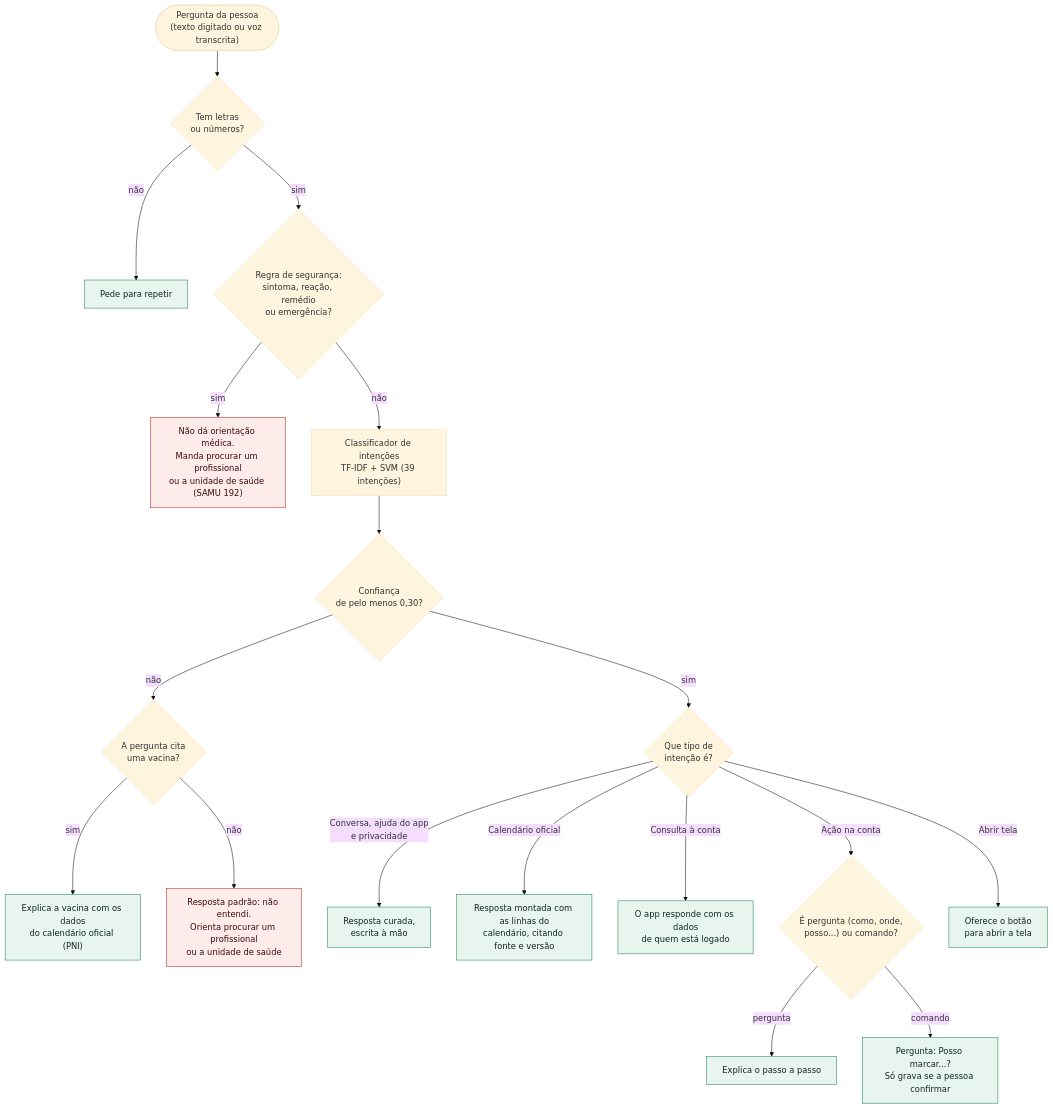
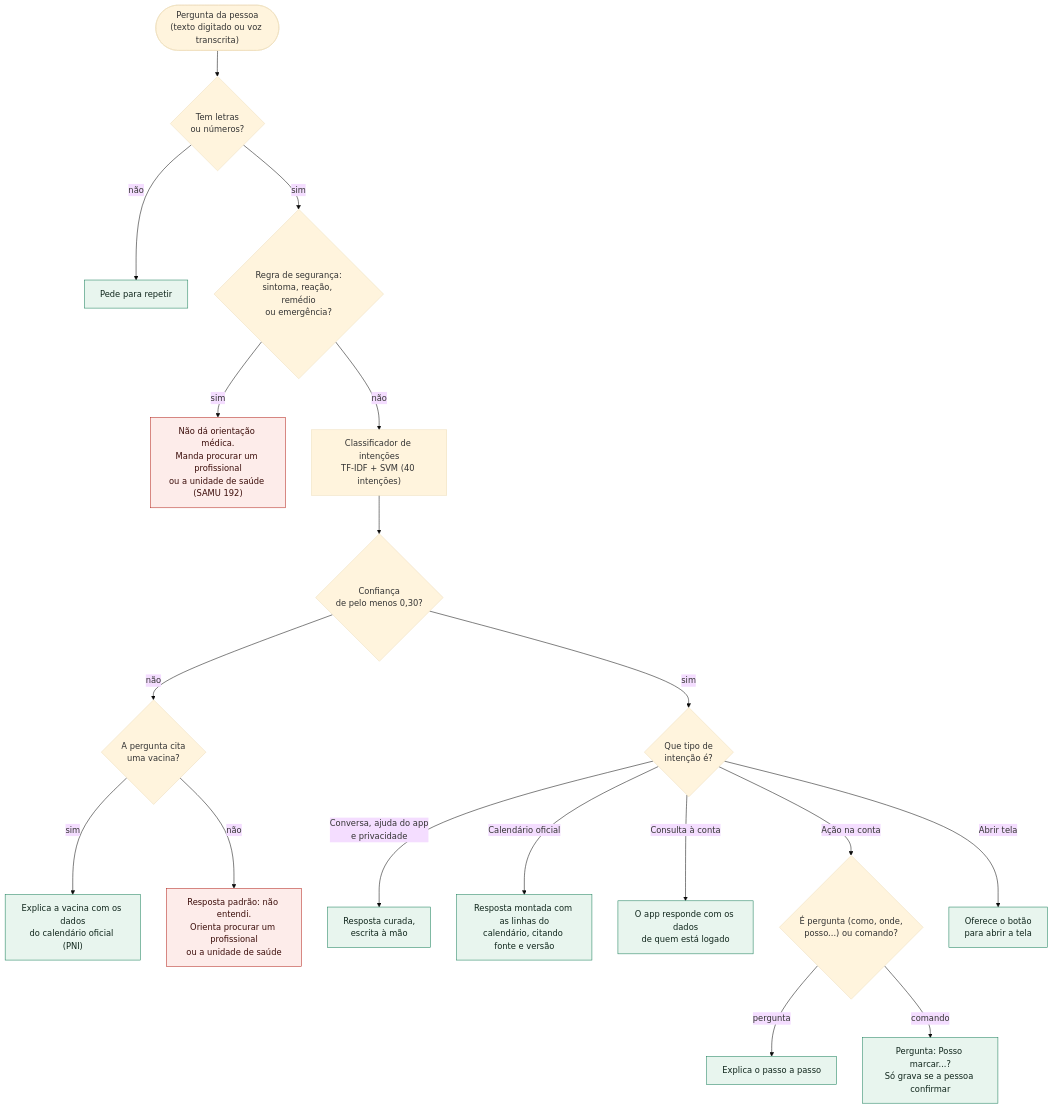
Before and after one commit to edukamoz/vacina-em-dia: the diagram in docs/03-uml/arvore-decisao-chatbot.md, drawn with Mermaid (base theme). The commit also changed 23 other files, not shown here.

````diff
--- a/docs/03-uml/arvore-decisao-chatbot.md
+++ b/docs/03-uml/arvore-decisao-chatbot.md
@@ -9,25 +9,25 @@
 ```mermaid
 flowchart TD
     A(["Pergunta da pessoa<br/>(texto digitado ou voz transcrita)"]) --> B{"Tem letras<br/>ou números?"}
     B -- não --> R1["Pede para repetir"]
     B -- sim --> C{"Regra de segurança:<br/>sintoma, reação, remédio<br/>ou emergência?"}
     C -- sim --> R2["Não dá orientação médica.<br/>Manda procurar um profissional<br/>ou a unidade de saúde (SAMU 192)"]
-    C -- não --> D["Classificador de intenções<br/>TF-IDF + SVM (39 intenções)"]
+    C -- não --> D["Classificador de intenções<br/>TF-IDF + SVM (40 intenções)"]
     D --> E{"Confiança<br/>de pelo menos 0,30?"}
     E -- não --> F{"A pergunta cita<br/>uma vacina?"}
     F -- sim --> R3["Explica a vacina com os dados<br/>do calendário oficial (PNI)"]
     F -- não --> R4["Resposta padrão: não entendi.<br/>Orienta procurar um profissional<br/>ou a unidade de saúde"]
     E -- sim --> G{"Que tipo de<br/>intenção é?"}
     G -- "Conversa, ajuda do app<br/>e privacidade" --> R5["Resposta curada,<br/>escrita à mão"]
     G -- "Calendário oficial" --> R6["Resposta montada com as linhas do<br/>calendário, citando fonte e versão"]
     G -- "Consulta à conta" --> R7["O app responde com os dados<br/>de quem está logado"]
     G -- "Ação na conta" --> H{"É pergunta (como, onde,<br/>posso...) ou comando?"}
     H -- pergunta --> R8["Explica o passo a passo"]
     H -- comando --> R9["Pergunta: Posso marcar...?<br/>Só grava se a pessoa confirmar"]
     G -- "Abrir tela" --> R10["Oferece o botão<br/>para abrir a tela"]
 
     classDef fim fill:#e8f5ee,stroke:#1a7f5a,color:#10261c
     classDef seguro fill:#fdecea,stroke:#b3261e,color:#3b0d0a
     class R1,R3,R5,R6,R7,R8,R9,R10 fim
     class R2,R4 seguro
 ```
````
